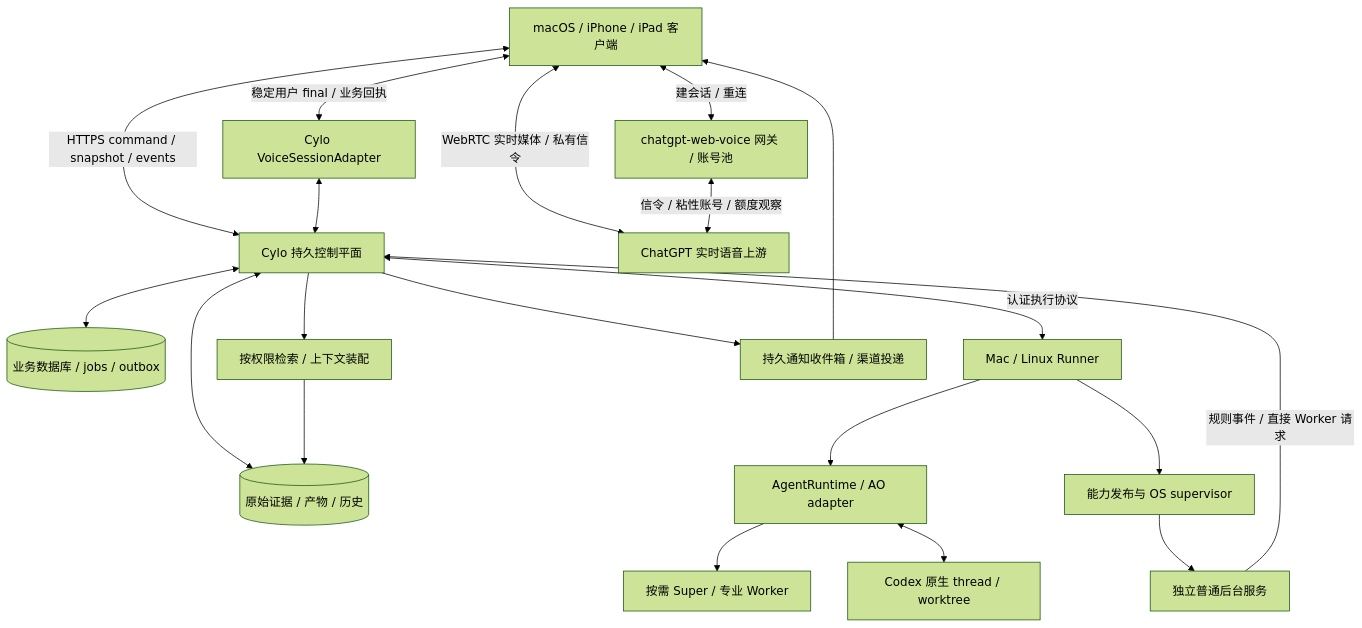
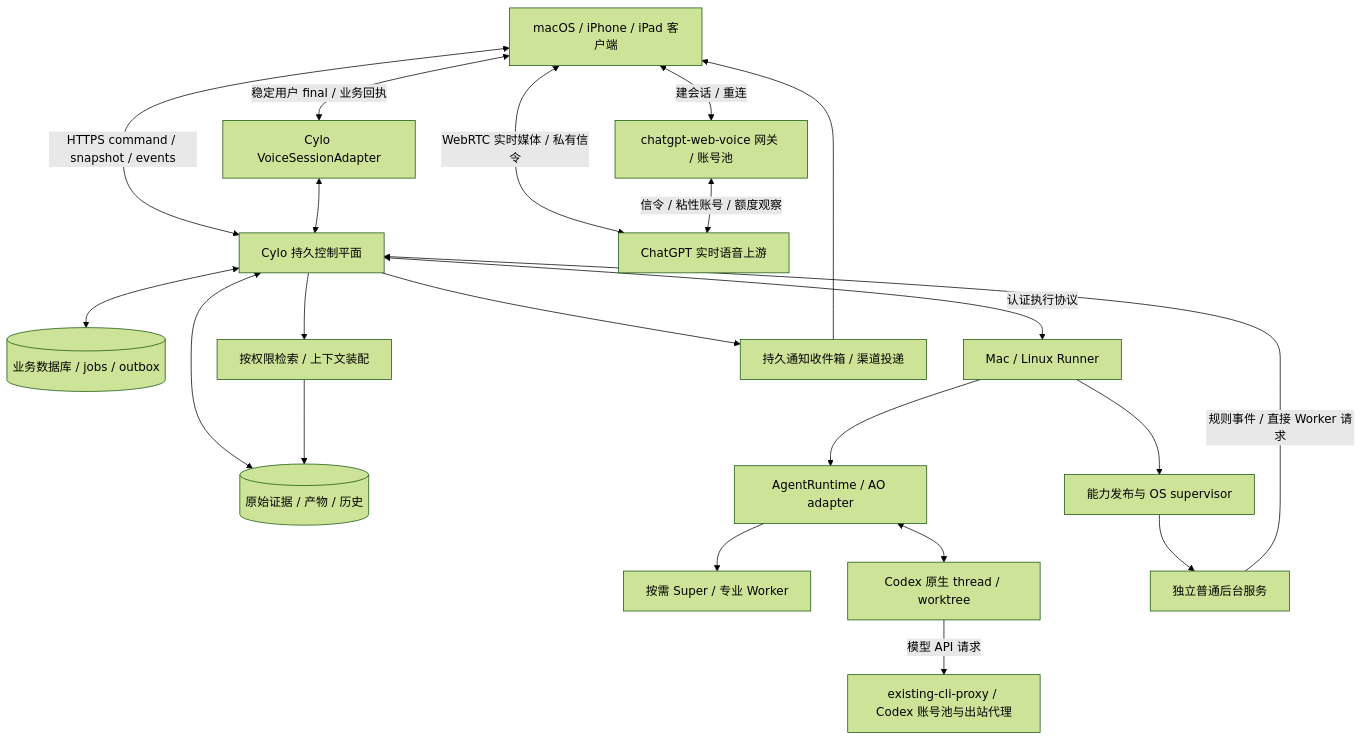
One commit to ronigooja/Cylo changed the diagram in Cylo-实现调研与架构方案.md. Above: the diagram before and after it, drawn with Mermaid (forest theme). The commit also changed other lines of this file and 3 other files, not shown here.

Commit message:
docs: reuse existing CLIProxyAPI in AO deployment architecture

````diff
--- a/Cylo-实现调研与架构方案.md
+++ b/Cylo-实现调研与架构方案.md
@@ -40,22 +41,23 @@
 ```mermaid
 flowchart TB
   UI[macOS / iPhone / iPad 客户端] <-->|HTTPS command / snapshot / events| C[Cylo 持久控制平面]
   UI <-->|WebRTC 实时媒体 / 私有信令| U[ChatGPT 实时语音上游]
   UI <-->|建会话 / 重连| G[chatgpt-web-voice 网关 / 账号池]
   G <-->|信令 / 粘性账号 / 额度观察| U
   UI <-->|稳定用户 final / 业务回执| V[Cylo VoiceSessionAdapter]
   V <--> C
   C <--> D[(业务数据库 / jobs / outbox)]
   C <--> E[(原始证据 / 产物 / 历史)]
   C --> M[按权限检索 / 上下文装配]
   M --> E
   C <-->|认证执行协议| R[Mac / Linux Runner]
   R --> A[AgentRuntime / AO adapter]
   A --> S[按需 Super / 专业 Worker]
   A <--> X[Codex 原生 thread / worktree]
+  X -->|模型 API 请求| PX[existing-cli-proxy / Codex 账号池与出站代理]
   R --> P[能力发布与 OS supervisor]
   P --> B[独立普通后台服务]
   B -->|规则事件 / 直接 Worker 请求| C
   C --> N[持久通知收件箱 / 渠道投递]
   N --> UI
 ```
````
